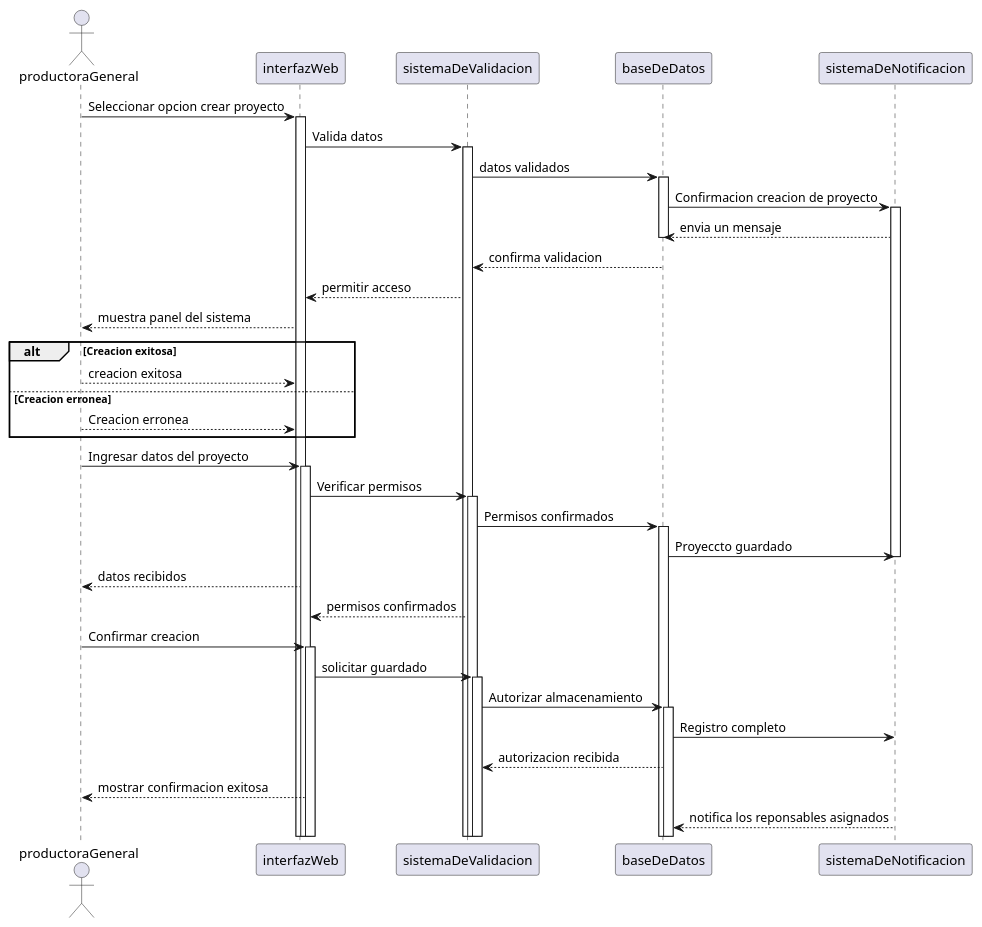
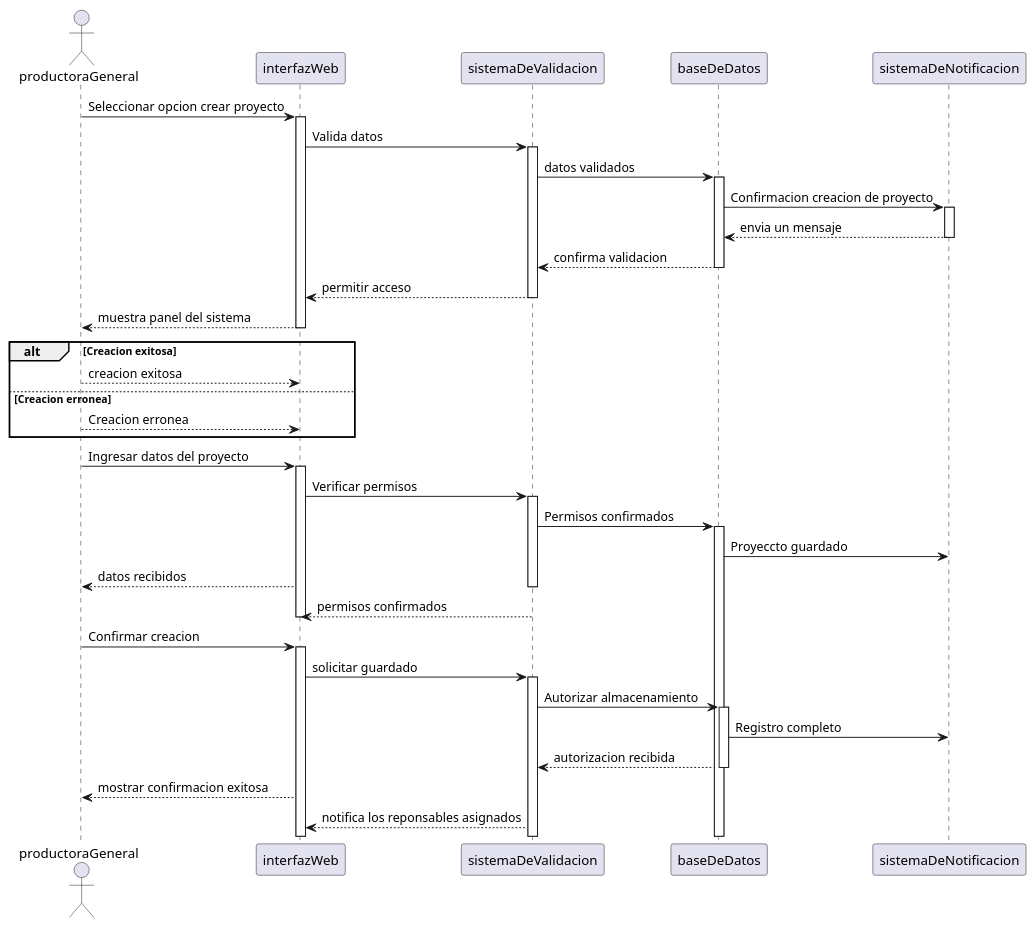
The diagram in 05-diagrama-secuencia/05-secuencia-creacion-proyecto-creacion-proyecto-exitoso-01.puml (9919-Mili/SistemaProductoraVideos), drawn with PlantUML before and after one commit. The commit also changed 1 other file, not shown here.

```diff
--- a/05-diagrama-secuencia/05-secuencia-creacion-proyecto-creacion-proyecto-exitoso-01.puml
+++ b/05-diagrama-secuencia/05-secuencia-creacion-proyecto-creacion-proyecto-exitoso-01.puml
@@ -1,54 +1,58 @@
 @startuml creacion proyecto exitoso 
 actor productoraGeneral
 participant interfazWeb
 participant sistemaDeValidacion
 participant baseDeDatos
 participant sistemaDeNotificacion
 
 productoraGeneral -> interfazWeb: Seleccionar opcion crear proyecto
 activate interfazWeb
 interfazWeb -> sistemaDeValidacion: Valida datos 
 activate sistemaDeValidacion
 sistemaDeValidacion -> baseDeDatos: datos validados
 activate baseDeDatos 
 baseDeDatos -> sistemaDeNotificacion: Confirmacion creacion de proyecto
 activate sistemaDeNotificacion
 sistemaDeNotificacion --> baseDeDatos: envia un mensaje
-deactivate baseDeDatos 
+deactivate sistemaDeNotificacion
 baseDeDatos --> sistemaDeValidacion: confirma validacion
+deactivate baseDeDatos
 sistemaDeValidacion --> interfazWeb: permitir acceso
+deactivate sistemaDeValidacion
 interfazWeb --> productoraGeneral: muestra panel del sistema
+deactivate interfazWeb
 
 alt Creacion exitosa
     productoraGeneral --> interfazWeb: creacion exitosa
 else Creacion erronea
     productoraGeneral --> interfazWeb: Creacion erronea
     end
 
 
 
 productoraGeneral -> interfazWeb: Ingresar datos del proyecto
 activate interfazWeb
 interfazWeb -> sistemaDeValidacion: Verificar permisos 
 activate sistemaDeValidacion
 sistemaDeValidacion -> baseDeDatos: Permisos confirmados 
 activate baseDeDatos
 baseDeDatos -> sistemaDeNotificacion: Proyeccto guardado
-deactivate sistemaDeNotificacion
 interfazWeb --> productoraGeneral: datos recibidos
+deactivate sistemaDeValidacion
 sistemaDeValidacion --> interfazWeb: permisos confirmados 
+deactivate interfazWeb
 
 productoraGeneral -> interfazWeb: Confirmar creacion 
 activate interfazWeb
 interfazWeb -> sistemaDeValidacion: solicitar guardado
 activate sistemaDeValidacion
 sistemaDeValidacion -> baseDeDatos: Autorizar almacenamiento 
 activate baseDeDatos
 baseDeDatos -> sistemaDeNotificacion: Registro completo
 baseDeDatos -->sistemaDeValidacion: autorizacion recibida
+deactivate  baseDeDatos
 interfazWeb -->productoraGeneral: mostrar confirmacion exitosa
-sistemaDeNotificacion --> baseDeDatos: notifica los reponsables asignados
-deactivate sistemaDeNotificacion
+sistemaDeValidacion--> interfazWeb:notifica los reponsables asignados
 
 
 @enduml
```
